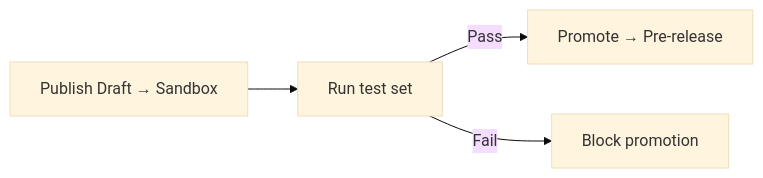
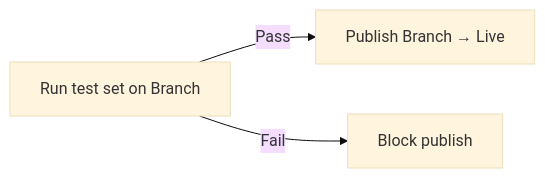
The diagram in testing/ci-automation.mdx (PolyAI-LDN/polyai-mintlify-doc), drawn with Mermaid (base theme) before and after one commit. The commit also changed other lines of this file and 104 other files, not shown here.

````diff
--- a/testing/ci-automation.mdx
+++ b/testing/ci-automation.mdx
@@ -20,6 +20,5 @@
 ```mermaid
 flowchart LR
-    A[Publish Draft → Sandbox] --> B[Run test set]
-    B -->|Pass| C[Promote → Pre-release]
-    B -->|Fail| D[Block promotion]
+    A[Run test set on Branch] -->|Pass| B[Publish Branch → Live]
+    A -->|Fail| C[Block publish]
 ```
````
